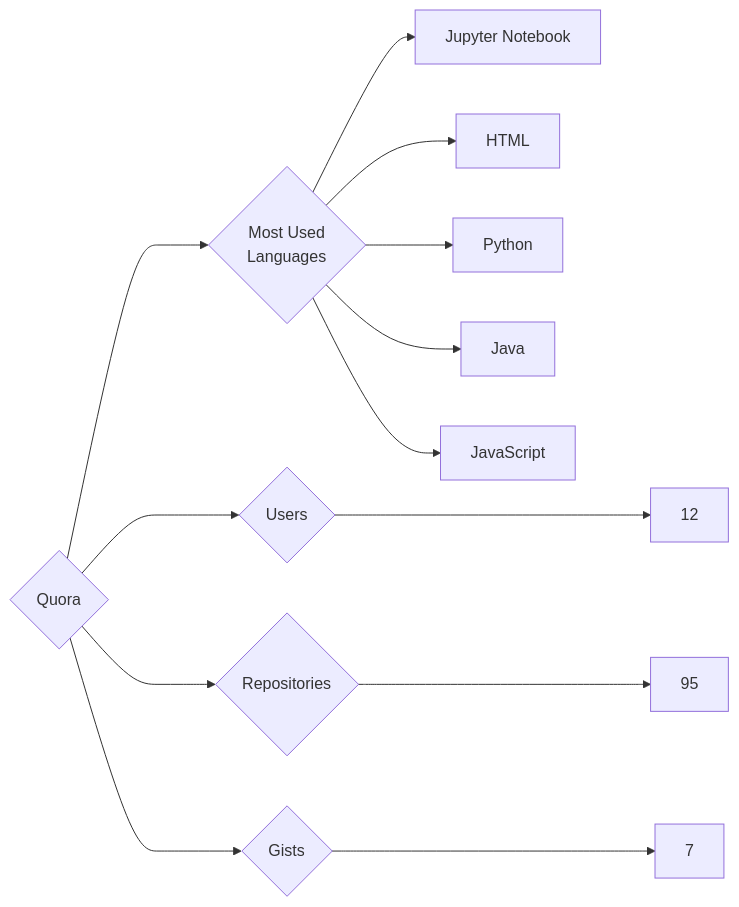
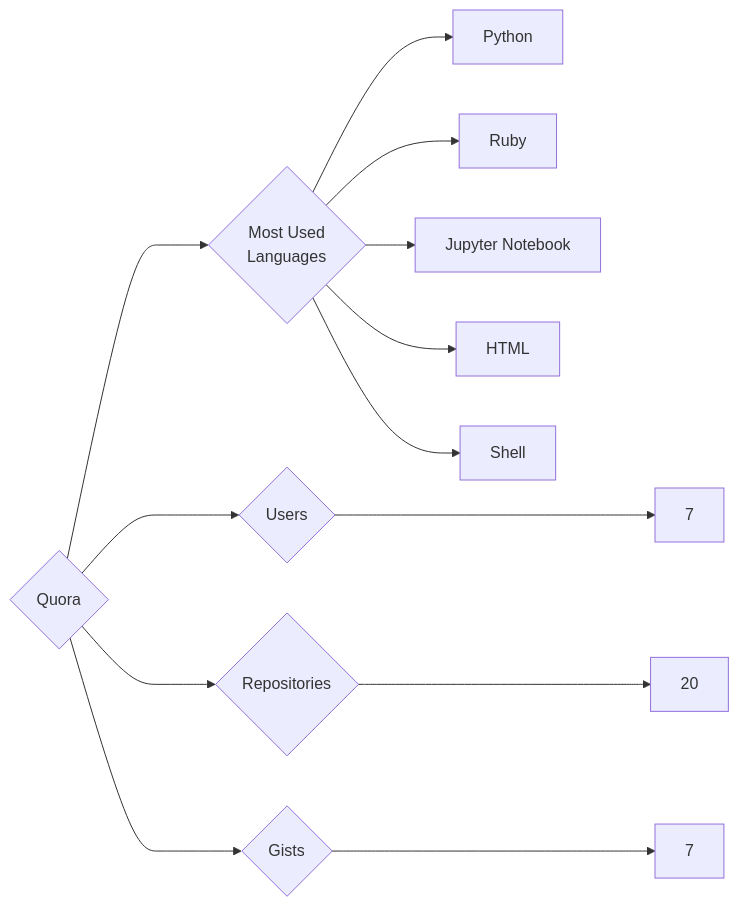
The diagram in targets/Quora/README.md (trickest/insiders), drawn with Mermaid before and after one commit. The commit also changed 770 other files, not shown here.

````diff
--- a/targets/Quora/README.md
+++ b/targets/Quora/README.md
@@ -3,13 +3,13 @@
 ```mermaid
 graph LR
 COMPANY_NAME{Quora}
-COMPANY_NAME ---> U{Users} ---> UN[12]
-COMPANY_NAME ---> R{Repositories} ---> RN[95]
+COMPANY_NAME ---> U{Users} ---> UN[7]
+COMPANY_NAME ---> R{Repositories} ---> RN[20]
 COMPANY_NAME ---> G{Gists} ---> GN[7]
 COMPANY_NAME ---> ML{Most Used<br>Languages}
+ML --> Python[Python]
+ML --> Ruby[Ruby]
 ML --> Jupyter_Notebook[Jupyter Notebook]
 ML --> HTML[HTML]
-ML --> Python[Python]
-ML --> Java[Java]
-ML --> JavaScript[JavaScript]
+ML --> Shell[Shell]
 ```
````
